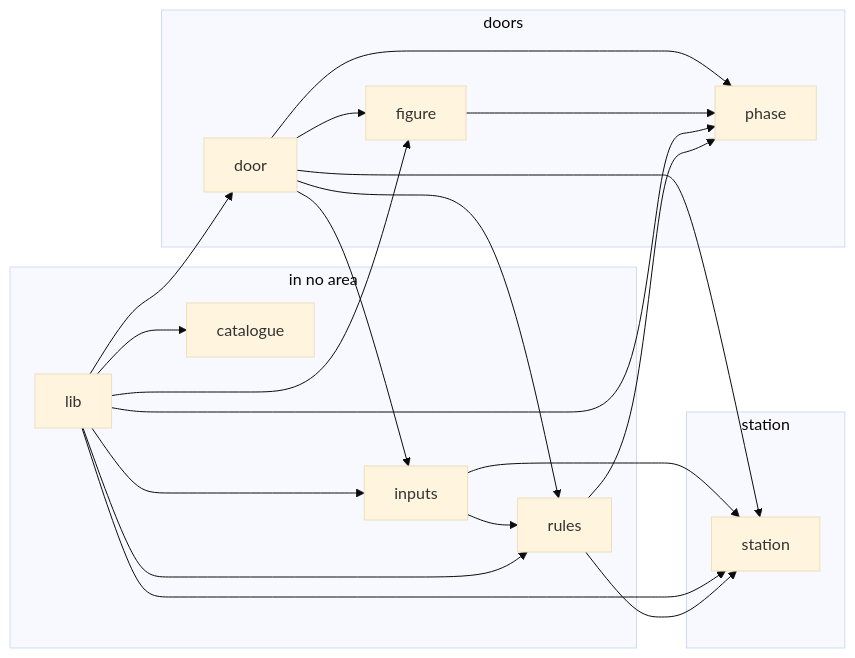
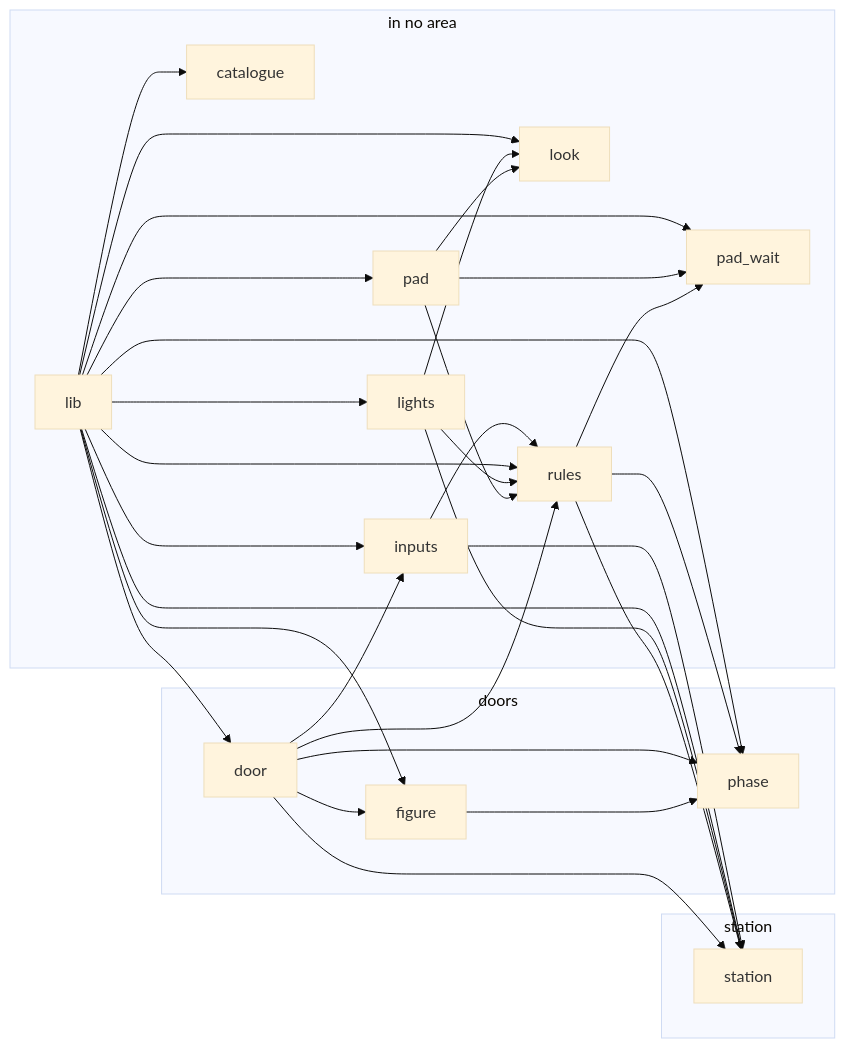
Diagram 12 of 18 in docs/REPORT.md (JimLundin/sm-decomp), drawn with Mermaid (base theme) before and after one commit. The commit also changed other lines of this file and 31 other files, not shown here.

````diff
--- a/docs/REPORT.md
+++ b/docs/REPORT.md
@@ -1953,34 +1977,49 @@
 ```mermaid
 graph LR
   subgraph a_in_no_area["in no area"]
     m_catalogue["catalogue"]
     m_inputs["inputs"]
     m_lib["lib"]
+    m_lights["lights"]
+    m_look["look"]
+    m_pad["pad"]
+    m_pad_wait["pad_wait"]
     m_rules["rules"]
   end
   subgraph a_doors["doors"]
     m_door["door"]
     m_figure["figure"]
     m_phase["phase"]
   end
   subgraph a_station["station"]
     m_station["station"]
   end
   m_door --> m_figure
   m_door --> m_inputs
   m_door --> m_phase
   m_door --> m_rules
   m_door --> m_station
   m_figure --> m_phase
   m_inputs --> m_rules
   m_inputs --> m_station
   m_lib --> m_catalogue
   m_lib --> m_door
   m_lib --> m_figure
   m_lib --> m_inputs
+  m_lib --> m_lights
+  m_lib --> m_look
+  m_lib --> m_pad
+  m_lib --> m_pad_wait
   m_lib --> m_phase
   m_lib --> m_rules
   m_lib --> m_station
+  m_lights --> m_look
+  m_lights --> m_rules
+  m_lights --> m_station
+  m_pad --> m_look
+  m_pad --> m_pad_wait
+  m_pad --> m_rules
+  m_rules --> m_pad_wait
   m_rules --> m_phase
   m_rules --> m_station
 ```
````
